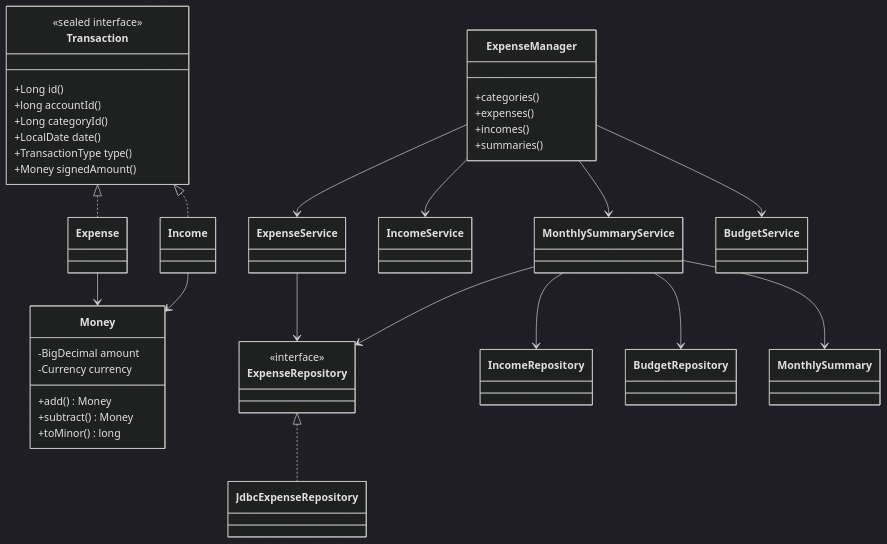
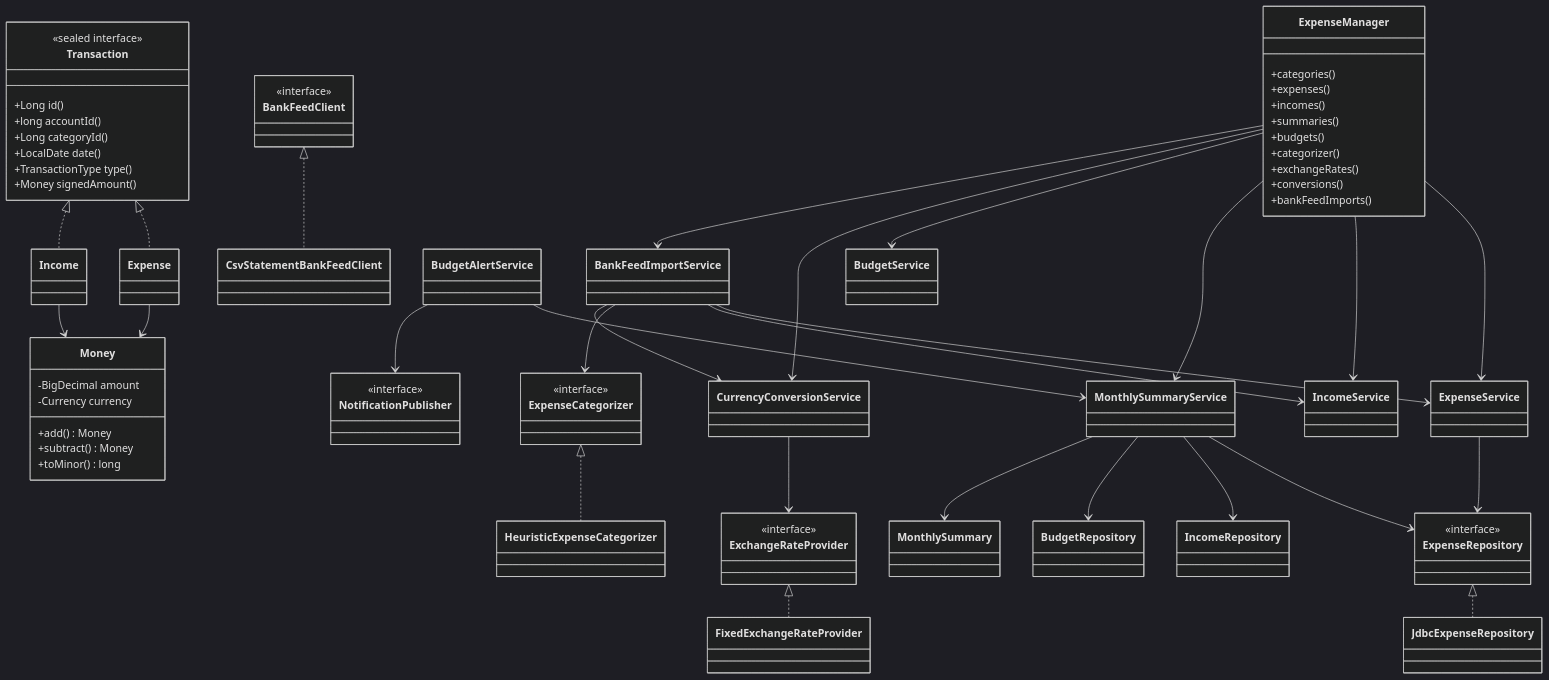
The diagram in expense-manager/documentation/ARCHITECTURE.md (emeraldex/Personal_Finance_Management_System), drawn with Mermaid (dark theme) before and after one commit. The commit also changed other lines of this file and 3 other files, not shown here.

````diff
--- a/expense-manager/documentation/ARCHITECTURE.md
+++ b/expense-manager/documentation/ARCHITECTURE.md
@@ -102,14 +104,53 @@
     MonthlySummaryService --> BudgetRepository
     MonthlySummaryService --> MonthlySummary
 
+    class ExpenseCategorizer {
+        <<interface>>
+    }
+    class HeuristicExpenseCategorizer
+    ExpenseCategorizer <|.. HeuristicExpenseCategorizer
+
+    class ExchangeRateProvider {
+        <<interface>>
+    }
+    class FixedExchangeRateProvider
+    ExchangeRateProvider <|.. FixedExchangeRateProvider
+    class CurrencyConversionService
+    CurrencyConversionService --> ExchangeRateProvider
+
+    class NotificationPublisher {
+        <<interface>>
+    }
+    class BudgetAlertService
+    BudgetAlertService --> MonthlySummaryService
+    BudgetAlertService --> NotificationPublisher
+
+    class BankFeedClient {
+        <<interface>>
+    }
+    class CsvStatementBankFeedClient
+    BankFeedClient <|.. CsvStatementBankFeedClient
+    class BankFeedImportService
+    BankFeedImportService --> ExpenseService
+    BankFeedImportService --> IncomeService
+    BankFeedImportService --> ExpenseCategorizer
+    BankFeedImportService --> CurrencyConversionService
+
     class ExpenseManager {
         +categories()
         +expenses()
         +incomes()
         +summaries()
+        +budgets()
+        +categorizer()
+        +exchangeRates()
+        +conversions()
+        +bankFeedImports()
     }
     ExpenseManager --> ExpenseService
     ExpenseManager --> IncomeService
     ExpenseManager --> MonthlySummaryService
     ExpenseManager --> BudgetService
+    ExpenseManager --> CurrencyConversionService
+    ExpenseManager --> BankFeedImportService
 ```
````
